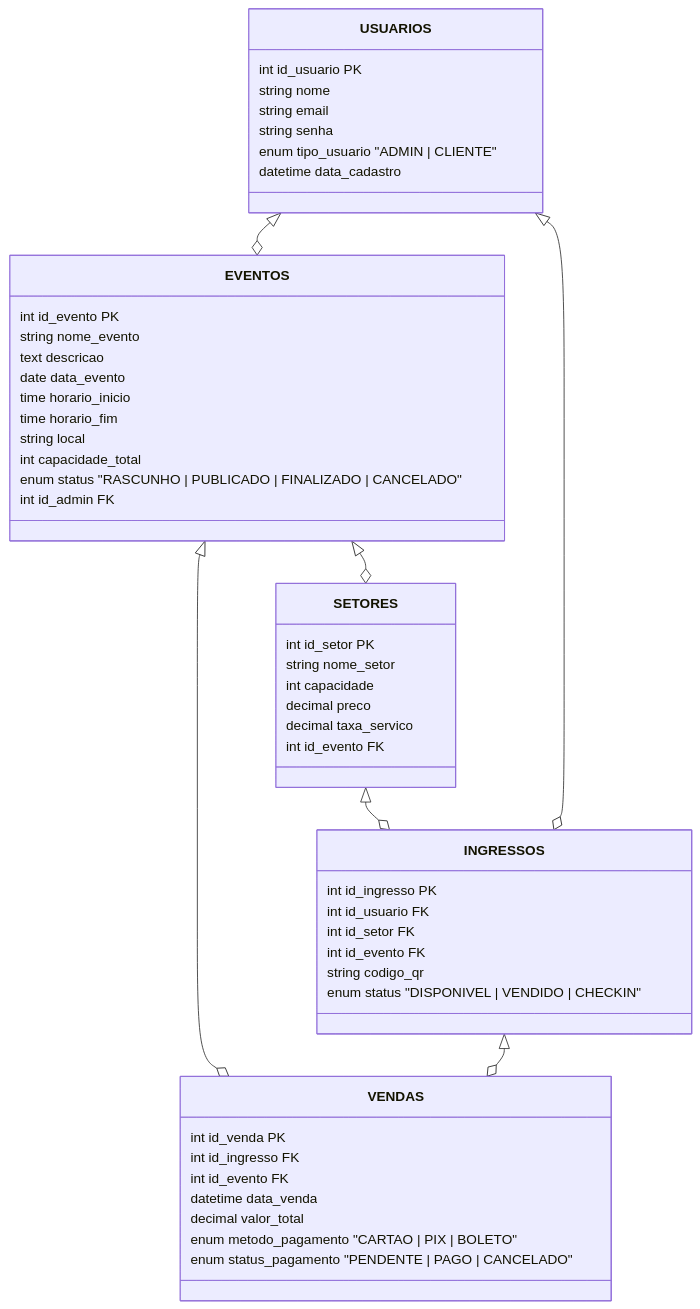
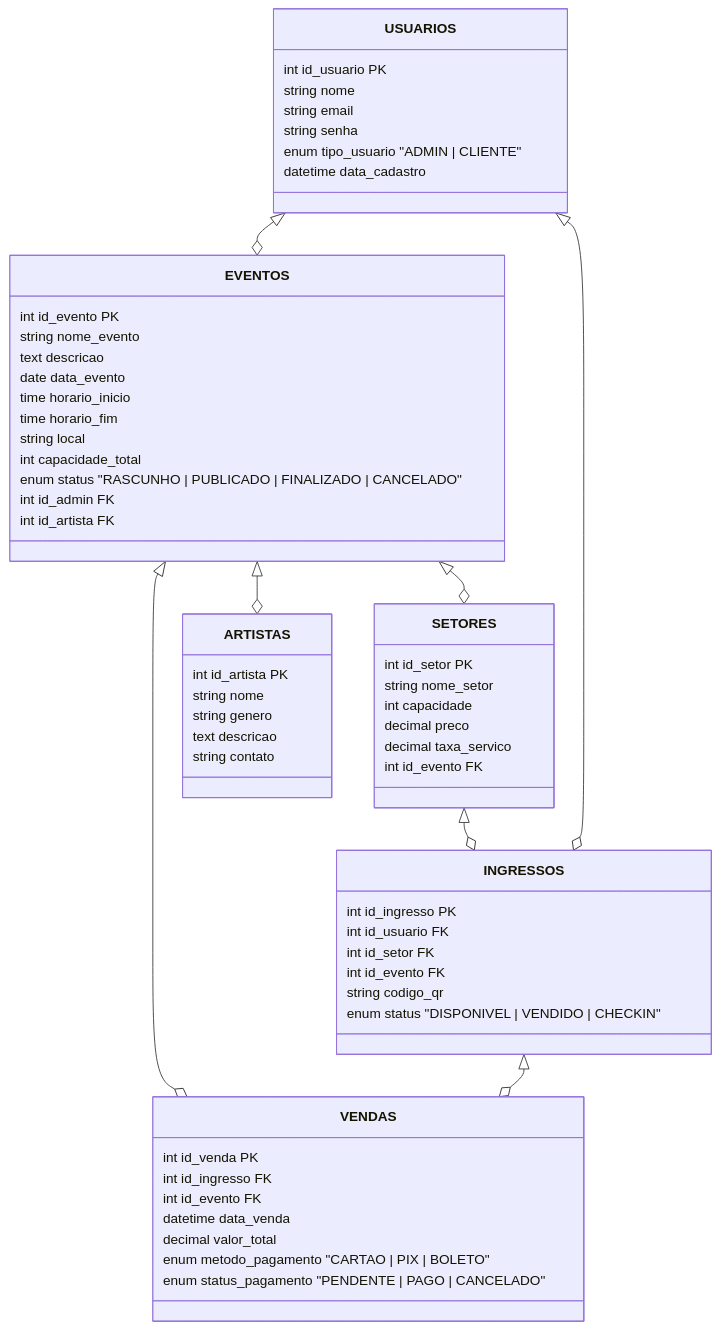
One commit to levyzowisk/api-casadeshow changed the diagram in README.md. Above: the diagram before and after it, drawn with Mermaid.

````diff
--- a/README.md
+++ b/README.md
@@ -50,63 +50,70 @@
 ```mermaid
 classDiagram
     class USUARIOS {
         int id_usuario PK
         string nome
         string email
         string senha
         enum tipo_usuario "ADMIN | CLIENTE"
         datetime data_cadastro
     }
 
     class EVENTOS {
         int id_evento PK
         string nome_evento
         text descricao
         date data_evento
         time horario_inicio
         time horario_fim
         string local
         int capacidade_total
         enum status "RASCUNHO | PUBLICADO | FINALIZADO | CANCELADO"
         int id_admin FK
+        int id_artista FK
     }
 
     class SETORES {
         int id_setor PK
         string nome_setor
         int capacidade
         decimal preco
         decimal taxa_servico
         int id_evento FK
     }
 
     class INGRESSOS {
         int id_ingresso PK
         int id_usuario FK
         int id_setor FK
         int id_evento FK
         string codigo_qr
         enum status "DISPONIVEL | VENDIDO | CHECKIN"
     }
 
     class VENDAS {
         int id_venda PK
         int id_ingresso FK
         int id_evento FK
         datetime data_venda
         decimal valor_total
         enum metodo_pagamento "CARTAO | PIX | BOLETO"
         enum status_pagamento "PENDENTE | PAGO | CANCELADO"
     }
 
-    %% ======================
-    %% RELACIONAMENTOS
-    %% ======================
+    class ARTISTAS {
+        int id_artista PK
+        string nome
+        string genero
+        text descricao
+        string contato
+    }
+    
 
     USUARIOS <|--o EVENTOS 
     EVENTOS <|--o SETORES 
     SETORES <|--o INGRESSOS 
     USUARIOS <|--o INGRESSOS 
     EVENTOS <|--o VENDAS 
     INGRESSOS <|--o VENDAS
+    EVENTOS <|--o ARTISTAS
 ```
````
